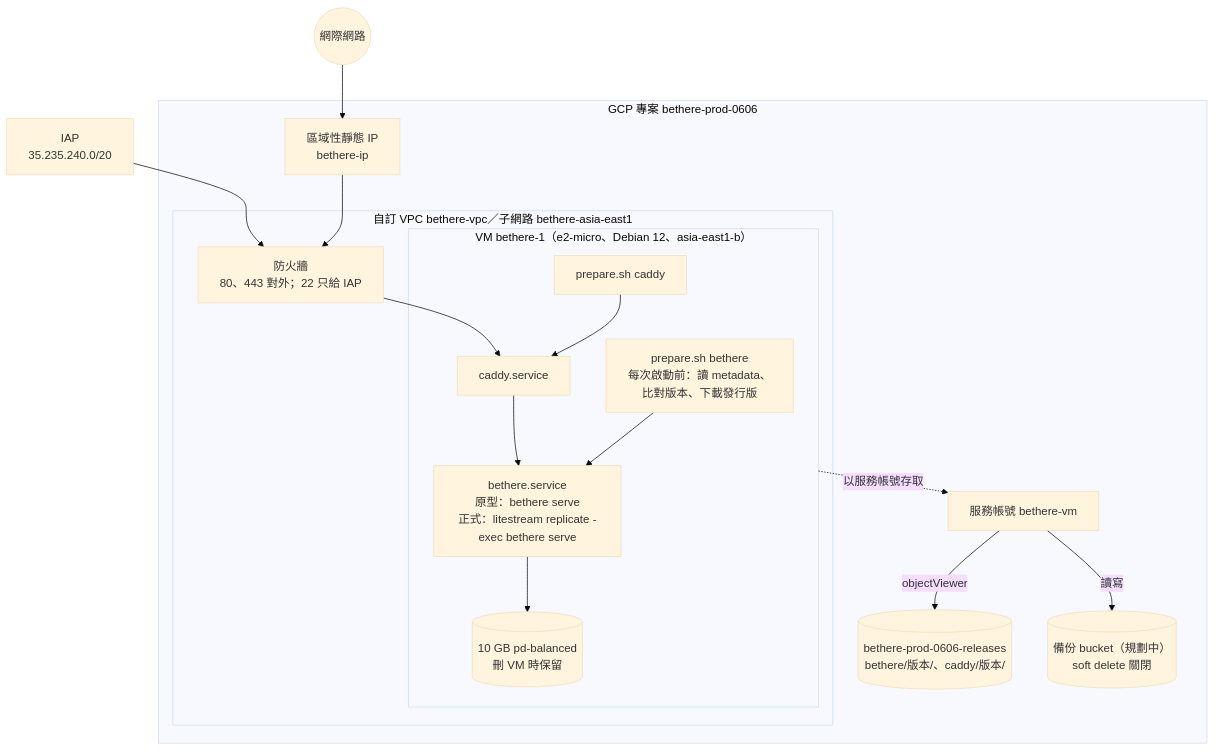
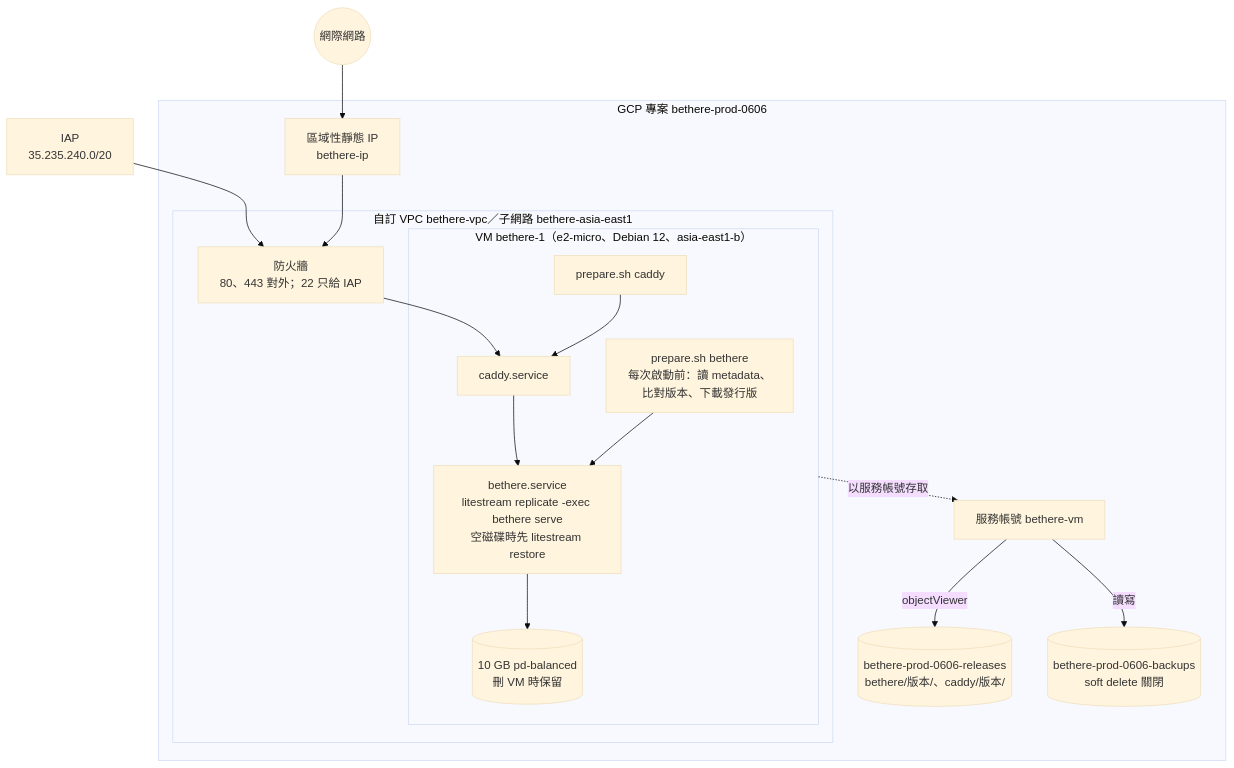
The third of 3 diagrams in docs/architecture/overview.md (BensonPigo/bethere), drawn with Mermaid (base theme) before and after one commit. The commit also changed other lines of this file and 17 other files, not shown here.

````diff
--- a/docs/architecture/overview.md
+++ b/docs/architecture/overview.md
@@ -99,31 +99,31 @@
 ```mermaid
 flowchart TB
     internet(("網際網路"))
     iap["IAP<br/>35.235.240.0/20"]
 
     subgraph project["GCP 專案 bethere-prod-0606"]
         ip["區域性靜態 IP<br/>bethere-ip"]
         subgraph vpc["自訂 VPC bethere-vpc／子網路 bethere-asia-east1"]
             fw["防火牆<br/>80、443 對外；22 只給 IAP"]
             subgraph vm["VM bethere-1（e2-micro、Debian 12、asia-east1-b）"]
                 prep["prepare.sh bethere<br/>每次啟動前：讀 metadata、比對版本、下載發行版"]
                 caddyP["prepare.sh caddy"]
                 caddyU["caddy.service"]
-                betU["bethere.service<br/>原型：bethere serve<br/>正式：litestream replicate -exec bethere serve"]
+                betU["bethere.service<br/>litestream replicate -exec bethere serve<br/>空磁碟時先 litestream restore"]
                 disk[("10 GB pd-balanced<br/>刪 VM 時保留")]
                 prep --> betU
                 caddyP --> caddyU
                 betU --> disk
             end
         end
         sa["服務帳號 bethere-vm"]
         rel[("bethere-prod-0606-releases<br/>bethere/版本/、caddy/版本/")]
-        bak[("備份 bucket（規劃中）<br/>soft delete 關閉")]
+        bak[("bethere-prod-0606-backups<br/>soft delete 關閉")]
     end
 
     internet --> ip --> fw --> caddyU --> betU
     iap --> fw
     vm -. "以服務帳號存取" .-> sa
     sa -- "objectViewer" --> rel
     sa -- "讀寫" --> bak
 ```
````
